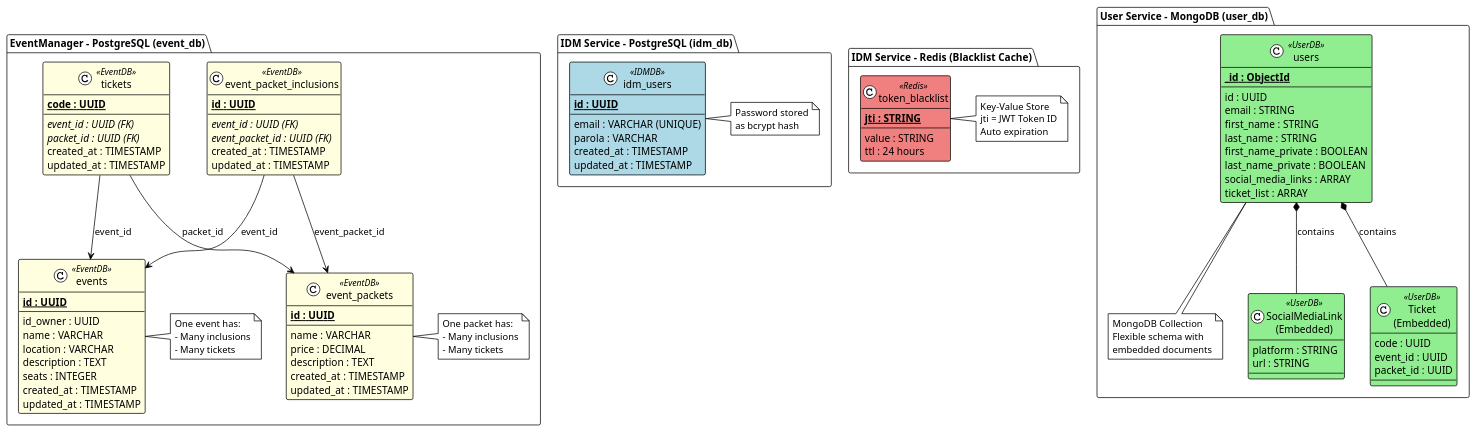
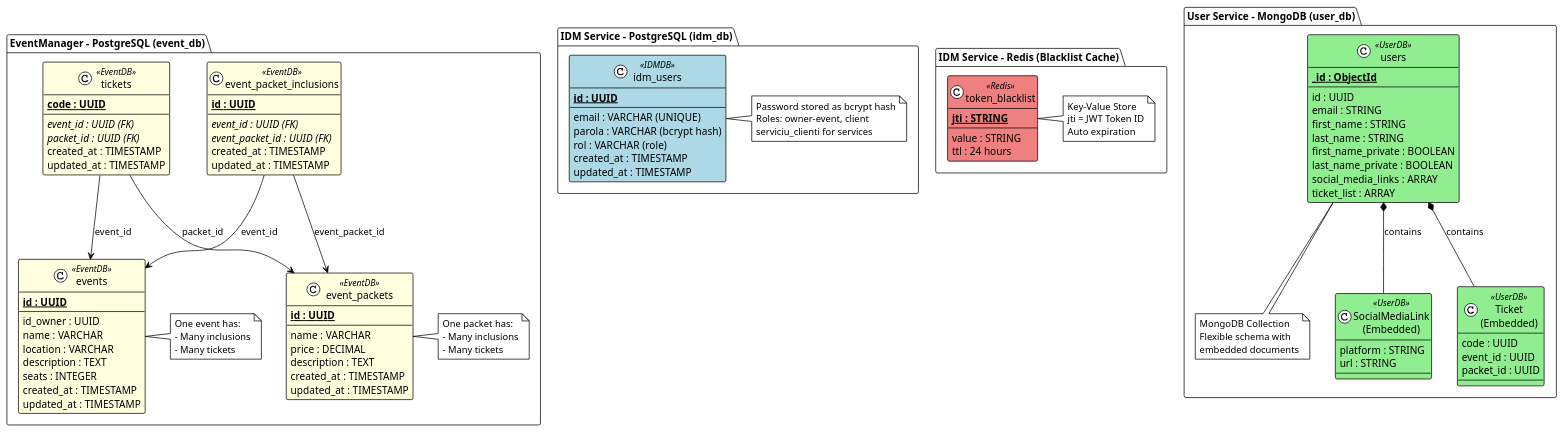
One commit to alexandru-vezeteu/demo-go-webservices changed the diagram in diagrams/09-database-schema.puml. Above: the diagram before and after it, drawn with PlantUML. The commit also changed 44 other files, not shown here.

```diff
--- a/diagrams/09-database-schema.puml
+++ b/diagrams/09-database-schema.puml
@@ -1,140 +1,142 @@
 @startuml database_schema
 !theme plain
 
 skinparam class {
     BackgroundColor<<EventDB>> LightYellow
     BackgroundColor<<UserDB>> LightGreen
     BackgroundColor<<IDMDB>> LightBlue
     BackgroundColor<<Redis>> LightCoral
 }
 
 package "EventManager - PostgreSQL (event_db)" {
 
     class events <<EventDB>> {
         **<u>id : UUID</u>**
         --
         id_owner : UUID
         name : VARCHAR
         location : VARCHAR
         description : TEXT
         seats : INTEGER
         created_at : TIMESTAMP
         updated_at : TIMESTAMP
     }
 
     class event_packets <<EventDB>> {
         **<u>id : UUID</u>**
         --
         name : VARCHAR
         price : DECIMAL
         description : TEXT
         created_at : TIMESTAMP
         updated_at : TIMESTAMP
     }
 
     class event_packet_inclusions <<EventDB>> {
         **<u>id : UUID</u>**
         --
         <i>event_id : UUID (FK)</i>
         <i>event_packet_id : UUID (FK)</i>
         created_at : TIMESTAMP
         updated_at : TIMESTAMP
     }
 
     class tickets <<EventDB>> {
         **<u>code : UUID</u>**
         --
         <i>event_id : UUID (FK)</i>
         <i>packet_id : UUID (FK)</i>
         created_at : TIMESTAMP
         updated_at : TIMESTAMP
     }
 
     event_packet_inclusions --> events : event_id
     event_packet_inclusions --> event_packets : event_packet_id
     tickets --> events : event_id
     tickets --> event_packets : packet_id
 
     note right of events
         One event has:
         - Many inclusions
         - Many tickets
     end note
 
     note right of event_packets
         One packet has:
         - Many inclusions
         - Many tickets
     end note
 }
 
 package "User Service - MongoDB (user_db)" {
 
     class users <<UserDB>> {
         **<u>_id : ObjectId</u>**
         --
         id : UUID
         email : STRING
         first_name : STRING
         last_name : STRING
         first_name_private : BOOLEAN
         last_name_private : BOOLEAN
         social_media_links : ARRAY
         ticket_list : ARRAY
     }
 
     class "SocialMediaLink\n(Embedded)" as social <<UserDB>> {
         platform : STRING
         url : STRING
     }
 
     class "Ticket\n(Embedded)" as user_ticket <<UserDB>> {
         code : UUID
         event_id : UUID
         packet_id : UUID
     }
 
     users *-- social : contains
     users *-- user_ticket : contains
 
     note bottom of users
         MongoDB Collection
         Flexible schema with
         embedded documents
     end note
 }
 
 package "IDM Service - PostgreSQL (idm_db)" {
 
     class idm_users <<IDMDB>> {
         **<u>id : UUID</u>**
         --
         email : VARCHAR (UNIQUE)
-        parola : VARCHAR
+        parola : VARCHAR (bcrypt hash)
+        rol : VARCHAR (role)
         created_at : TIMESTAMP
         updated_at : TIMESTAMP
     }
 
     note right of idm_users
-        Password stored
-        as bcrypt hash
+        Password stored as bcrypt hash
+        Roles: owner-event, client
+        serviciu_clienti for services
     end note
 }
 
 package "IDM Service - Redis (Blacklist Cache)" {
 
     class token_blacklist <<Redis>> {
         **<u>jti : STRING</u>**
         --
         value : STRING
         ttl : 24 hours
     }
 
     note right of token_blacklist
         Key-Value Store
         jti = JWT Token ID
         Auto expiration
     end note
 }
 
 @enduml
```
